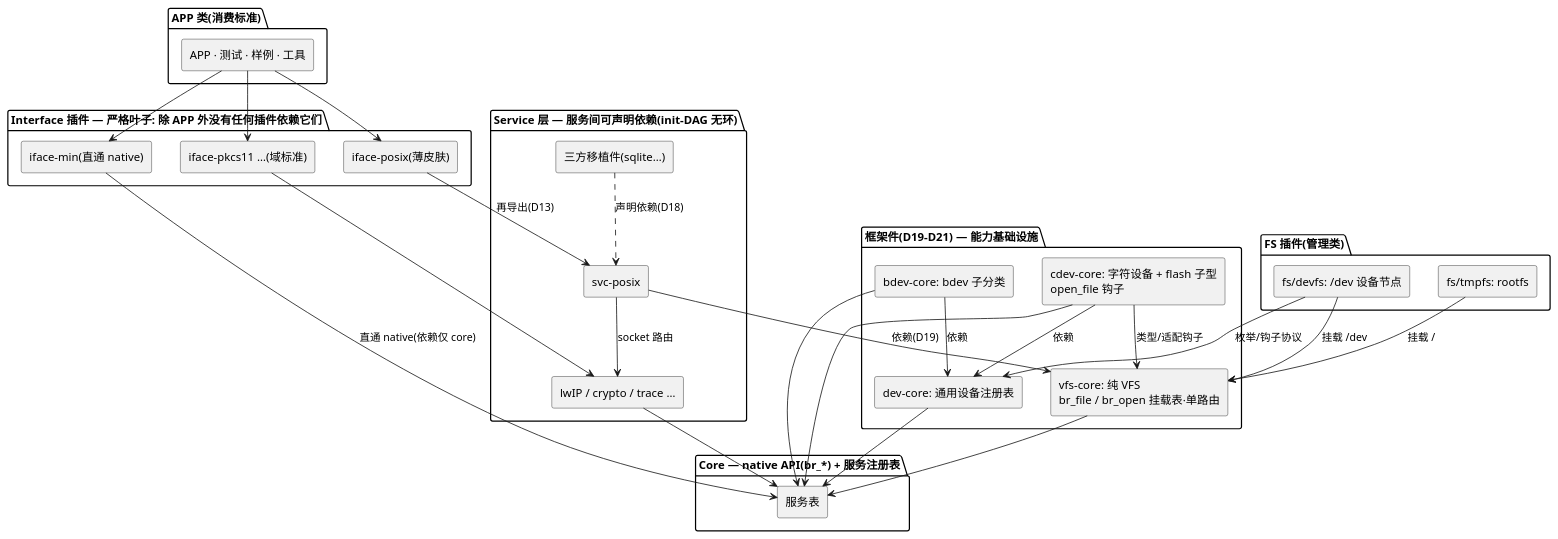
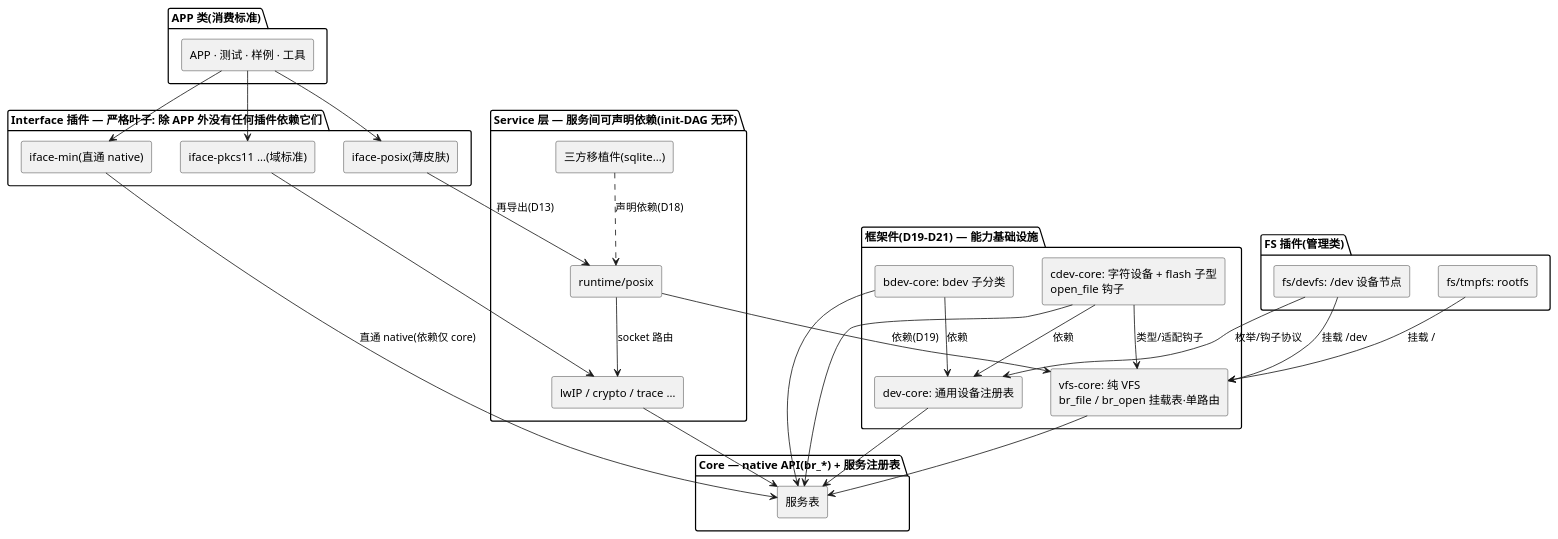
The diagram in docs/1-architecture/plantUML/1-01-architecture-02.puml (zhuyh4n9/brickOS), drawn with PlantUML before and after one commit. The commit also changed 28 other files, not shown here.

First line of the commit message:
设计侧跟改: POSIX 运行时改名 runtime/posix(+ runtime 命名空间)、链接契约回灌、fd 表归属收口

```diff
--- a/docs/1-architecture/plantUML/1-01-architecture-02.puml
+++ b/docs/1-architecture/plantUML/1-01-architecture-02.puml
@@ -1,50 +1,50 @@
 @startuml
 skinparam componentStyle rectangle
 
 package "APP 类(消费标准)" as G_APP {
   [APP · 测试 · 样例 · 工具] as APPN
 }
 package "Interface 插件 — 严格叶子: 除 APP 外没有任何插件依赖它们" as G_IF {
   [iface-posix(薄皮肤)] as IF_P
   [iface-min(直通 native)] as IF_MIN
   [iface-pkcs11 …(域标准)] as IF_O
 }
 package "Service 层 — 服务间可声明依赖(init-DAG 无环)" as G_SVC {
-  [svc-posix] as SPX
+  [runtime/posix] as SPX
   [三方移植件(sqlite…)] as S3
   [lwIP / crypto / trace …] as SX
 }
 package "框架件(D19–D21) — 能力基础设施" as G_FW {
   [vfs-core: 纯 VFS\nbr_file / br_open 挂载表·单路由] as VFSC2
   [cdev-core: 字符设备 + flash 子型\nopen_file 钩子] as CDEVC2
   [bdev-core: bdev 子分类] as BDEVC2
   [dev-core: 通用设备注册表] as DEVC2
 }
 package "FS 插件(管理类)" as G_FS {
   [fs/tmpfs: rootfs] as TMP2
   [fs/devfs: /dev 设备节点] as DFS2
 }
 package "Core — native API(br_*) + 服务注册表" as G_CORE {
   [服务表] as COREN
 }
 APPN --> IF_P
 APPN --> IF_MIN
 APPN --> IF_O
 IF_P --> SPX : 再导出(D13)
 IF_O --> SX
 IF_MIN --> COREN : 直通 native(依赖仅 core)
 S3 ..> SPX : 声明依赖(D18)
 SPX --> SX : socket 路由
 SPX --> VFSC2 : 依赖(D19)
 VFSC2 --> COREN
 CDEVC2 --> VFSC2 : 类型/适配钩子
 CDEVC2 --> DEVC2 : 依赖
 BDEVC2 --> DEVC2 : 依赖
 DEVC2 --> COREN
 CDEVC2 --> COREN
 BDEVC2 --> COREN
 TMP2 --> VFSC2 : 挂载 /
 DFS2 --> VFSC2 : 挂载 /dev
 DFS2 --> DEVC2 : 枚举/钩子协议
 SX --> COREN
 @enduml
```
